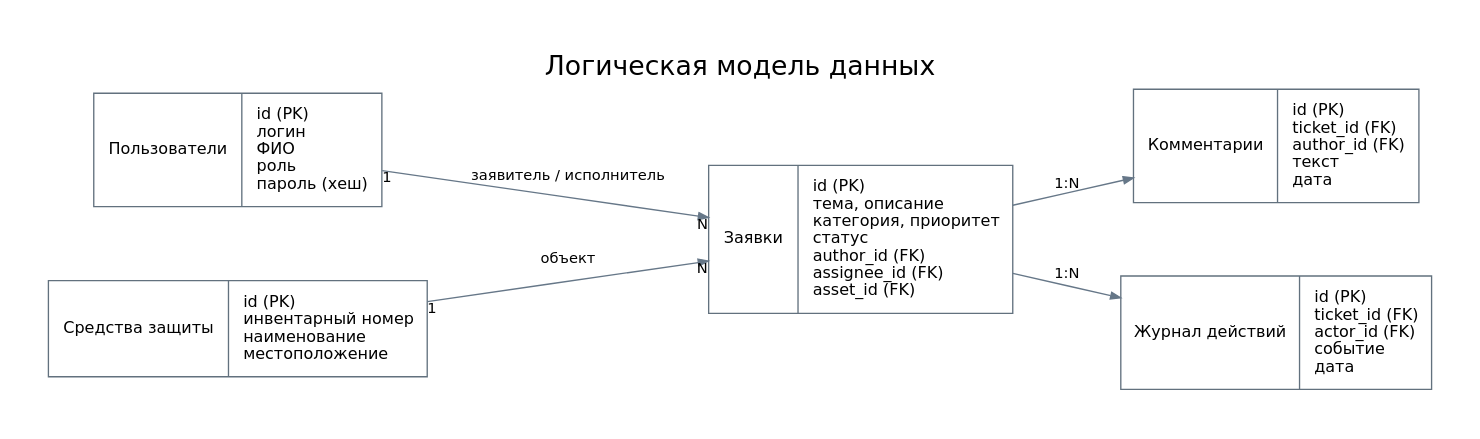
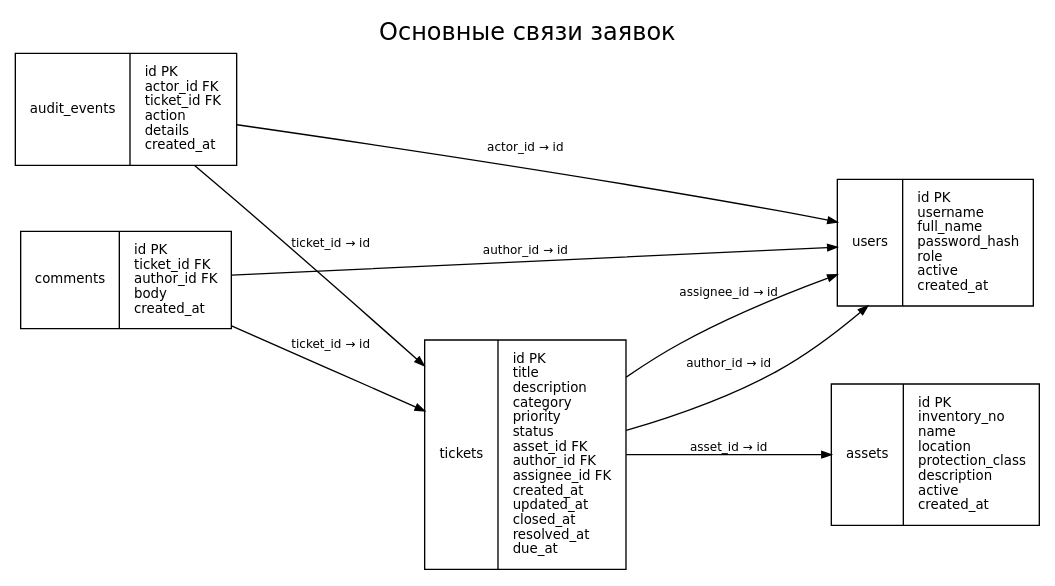
Before and after one commit to mvkorob/vkr: the diagram in docs/diagrams/database.dot, drawn with Graphviz. The commit also changed 2 other files, not shown here.

```diff
--- a/docs/diagrams/database.dot
+++ b/docs/diagrams/database.dot
@@ -1,16 +1,17 @@
 digraph Database {
-  graph [label="Логическая модель данных", labelloc=t, fontsize=20, fontname="DejaVu Sans", rankdir=LR, nodesep=0.75, ranksep=0.85, pad="0.4", bgcolor=white, splines=polyline];
-  node [shape=record, color="#62717e", fontname="DejaVu Sans", fontsize=12, margin="0.15,0.14"];
-  edge [color="#667788", arrowsize=0.75, fontname="DejaVu Sans", fontsize=11];
-  users [label="{Пользователи|id (PK)\lлогин\lФИО\lроль\lпароль (хеш)\l}"];
-  assets [label="{Средства защиты|id (PK)\lинвентарный номер\lнаименование\lместоположение\l}"];
-  tickets [label="{Заявки|id (PK)\lтема, описание\lкатегория, приоритет\lстатус\lauthor_id (FK)\lassignee_id (FK)\lasset_id (FK)\l}"];
-  comments [label="{Комментарии|id (PK)\lticket_id (FK)\lauthor_id (FK)\lтекст\lдата\l}"];
-  audit [label="{Журнал действий|id (PK)\lticket_id (FK)\lactor_id (FK)\lсобытие\lдата\l}"];
-  {rank=same; users; assets;}
-  {rank=same; comments; audit;}
-  users -> tickets [label="заявитель / исполнитель", taillabel="1", headlabel="N"];
-  assets -> tickets [label="объект", taillabel="1", headlabel="N"];
-  tickets -> comments [label="1:N"];
-  tickets -> audit [label="1:N"];
+  graph [label="Основные связи заявок", labelloc=t, fontname="DejaVu Sans", fontsize=18, rankdir=LR, nodesep=.6, ranksep=1.1, bgcolor=white];
+  node [shape=record, fontname="DejaVu Sans", fontsize=10, margin="0.15,0.12"];
+  edge [fontname="DejaVu Sans", fontsize=9, arrowsize=.7];
+  assets [label="{assets|id PK\linventory_no\lname\llocation\lprotection_class\ldescription\lactive\lcreated_at\l}"];
+  audit_events [label="{audit_events|id PK\lactor_id FK\lticket_id FK\laction\ldetails\lcreated_at\l}"];
+  comments [label="{comments|id PK\lticket_id FK\lauthor_id FK\lbody\lcreated_at\l}"];
+  tickets [label="{tickets|id PK\ltitle\ldescription\lcategory\lpriority\lstatus\lasset_id FK\lauthor_id FK\lassignee_id FK\lcreated_at\lupdated_at\lclosed_at\lresolved_at\ldue_at\l}"];
+  users [label="{users|id PK\lusername\lfull_name\lpassword_hash\lrole\lactive\lcreated_at\l}"];
+  audit_events -> tickets [label="ticket_id → id"];
+  audit_events -> users [label="actor_id → id"];
+  comments -> users [label="author_id → id"];
+  comments -> tickets [label="ticket_id → id"];
+  tickets -> users [label="assignee_id → id"];
+  tickets -> users [label="author_id → id"];
+  tickets -> assets [label="asset_id → id"];
 }
```
